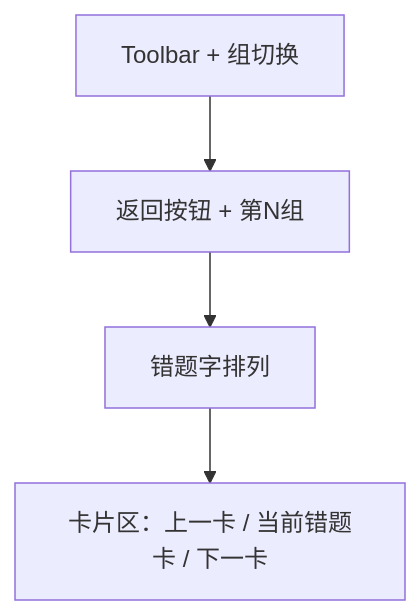
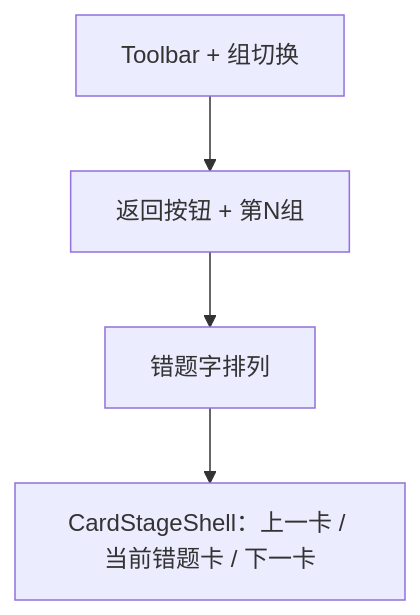
The eighth of 12 diagrams in project.md (runmu123/shizi), drawn with Mermaid before and after one commit. The commit also changed other lines of this file and 20 other files, not shown here.

````diff
--- a/project.md
+++ b/project.md
@@ -330,6 +345,6 @@
 ```mermaid
 flowchart TB
     A["Toolbar + 组切换"] --> B["返回按钮 + 第N组"]
     B --> C["错题字排列"]
-    C --> D["卡片区：上一卡 / 当前错题卡 / 下一卡"]
+    C --> D["CardStageShell：上一卡 / 当前错题卡 / 下一卡"]
 ```
````
